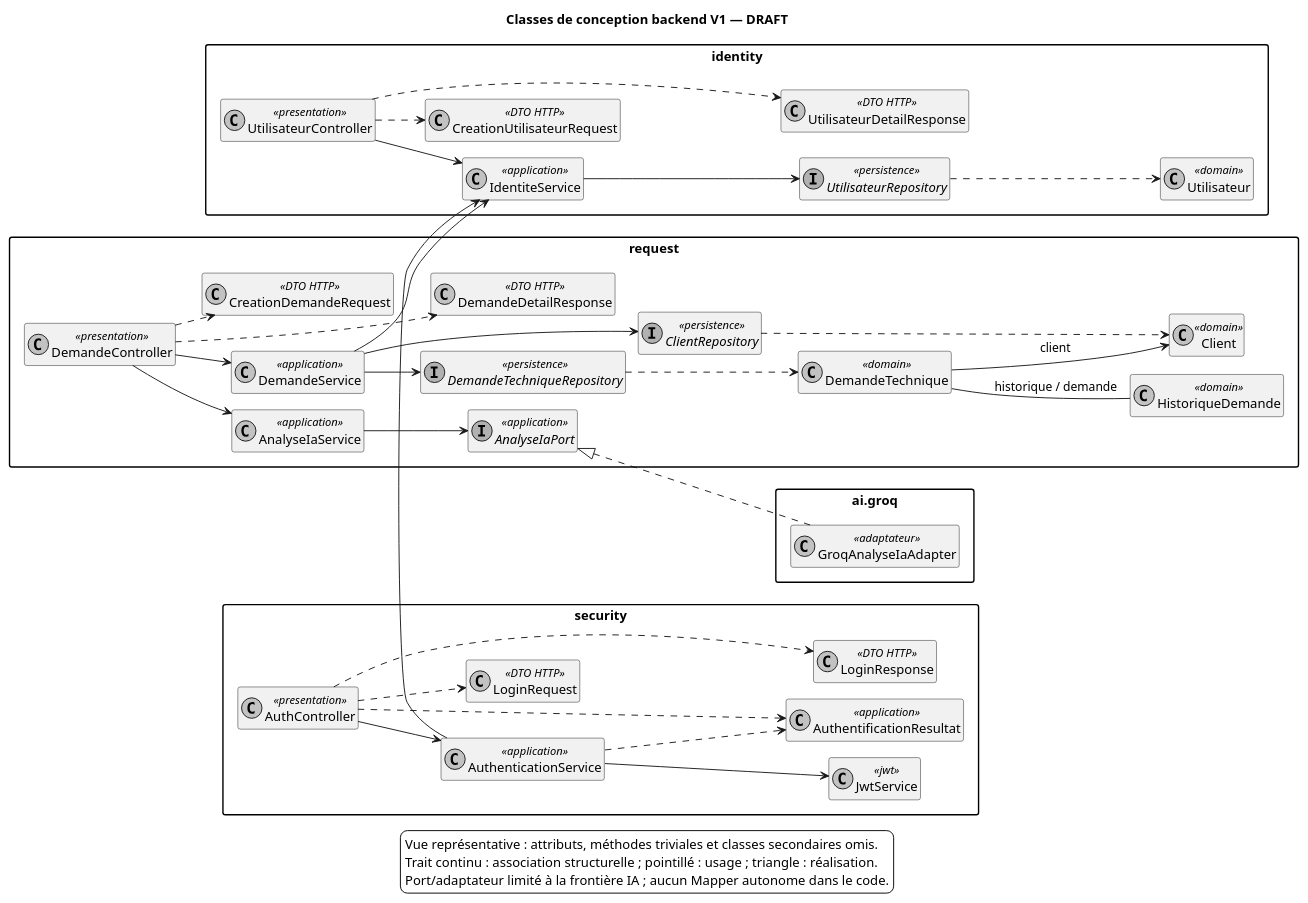
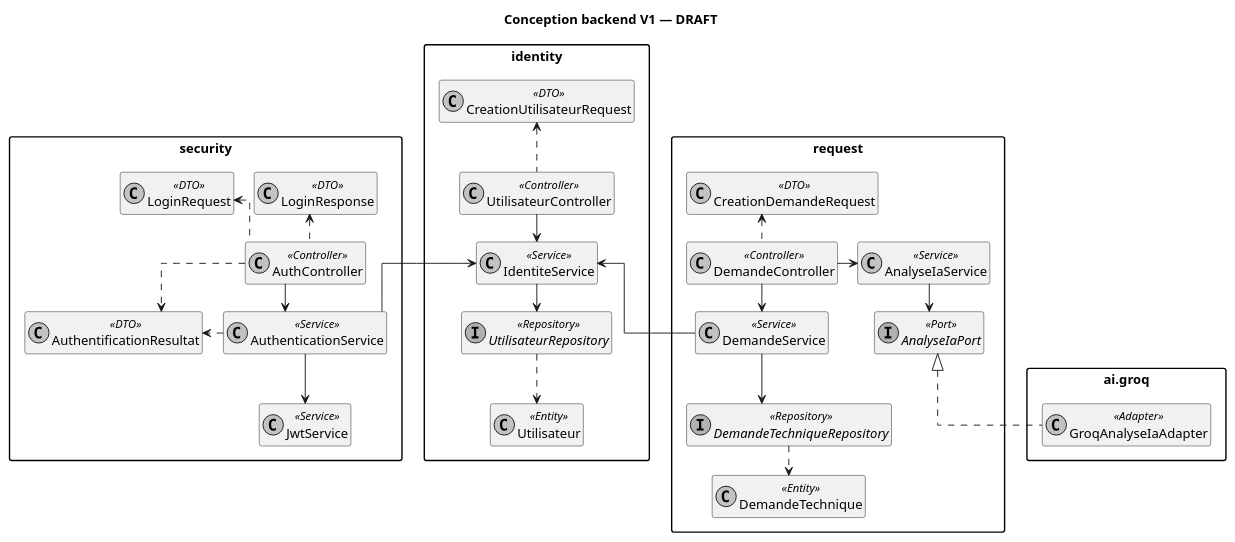
One commit to akrouty/gestion-demandes-techniques changed the diagram in docs/uml/class/backend-design-v1.puml. Above: the diagram before and after it, drawn with PlantUML. The commit also changed 2 other files, not shown here.

Commit message:
fixer les diagramme UML

```diff
--- a/docs/uml/class/backend-design-v1.puml
+++ b/docs/uml/class/backend-design-v1.puml
@@ -1,80 +1,65 @@
 @startuml
 ' Statut : DRAFT
-' Niveau : conception technique ; vue synthétique du code main 7a6438d
-' Les associations dirigées représentent les références injectées conservées.
-title Classes de conception backend V1 — DRAFT
-left to right direction
+' Vue synthétique des classes réelles de main ; détails omis volontairement.
+' Les liens hidden sont uniquement des contraintes graphiques.
+title Conception backend V1 — DRAFT
+top to bottom direction
 skinparam monochrome true
 skinparam shadowing false
 skinparam backgroundColor white
 skinparam classAttributeIconSize 0
 skinparam packageStyle rectangle
-skinparam nodesep 18
-skinparam ranksep 28
+skinparam linetype ortho
+skinparam nodesep 22
+skinparam ranksep 30
 hide empty members
-package request {
-  class DemandeController <<presentation>>
-  class DemandeService <<application>>
-  class AnalyseIaService <<application>>
-  interface AnalyseIaPort <<application>>
-  interface DemandeTechniqueRepository <<persistence>>
-  interface ClientRepository <<persistence>>
-  class DemandeTechnique <<domain>>
-  class Client <<domain>>
-  class HistoriqueDemande <<domain>>
-    class CreationDemandeRequest <<DTO HTTP>>
-    class DemandeDetailResponse <<DTO HTTP>>
-  DemandeController --> DemandeService
-  DemandeController --> AnalyseIaService
-  DemandeController ..> CreationDemandeRequest
-  DemandeController ..> DemandeDetailResponse
-  DemandeService --> DemandeTechniqueRepository
-  DemandeService --> ClientRepository
-  DemandeTechniqueRepository ..> DemandeTechnique
-  ClientRepository ..> Client
-  DemandeTechnique --> Client : client
-  DemandeTechnique -- HistoriqueDemande : historique / demande
-  AnalyseIaService --> AnalyseIaPort
-}
-package identity {
-  class UtilisateurController <<presentation>>
-  class IdentiteService <<application>>
-  interface UtilisateurRepository <<persistence>>
-  class Utilisateur <<domain>>
-  class CreationUtilisateurRequest <<DTO HTTP>>
-  class UtilisateurDetailResponse <<DTO HTTP>>
-  UtilisateurController --> IdentiteService
-  UtilisateurController ..> CreationUtilisateurRequest
-  UtilisateurController ..> UtilisateurDetailResponse
-  IdentiteService --> UtilisateurRepository
-  UtilisateurRepository ..> Utilisateur
-}
-package security {
-  class AuthController <<presentation>>
-  class AuthenticationService <<application>>
-  class AuthentificationResultat <<application>>
-  class LoginRequest <<DTO HTTP>>
-  class LoginResponse <<DTO HTTP>>
-  class JwtService <<jwt>>
-  AuthController --> AuthenticationService
-  AuthenticationService --> JwtService
-  AuthenticationService ..> AuthentificationResultat
-  AuthController ..> AuthentificationResultat
-  AuthController ..> LoginRequest
-  AuthController ..> LoginResponse
+package request as REQUEST_MODULE {
+  class CreationDemandeRequest <<DTO>>
+  class DemandeController <<Controller>>
+  class DemandeService <<Service>>
+  interface DemandeTechniqueRepository <<Repository>>
+  class DemandeTechnique <<Entity>>
+  class AnalyseIaService <<Service>>
+  interface AnalyseIaPort <<Port>>
+  DemandeController .up.> CreationDemandeRequest
+  DemandeController -down-> DemandeService
+  DemandeService -down-> DemandeTechniqueRepository
+  DemandeTechniqueRepository .down.> DemandeTechnique
+  DemandeController -left-> AnalyseIaService
+  AnalyseIaService -down-> AnalyseIaPort
 }
 package "ai.groq" as GROQ_MODULE {
-  class GroqAnalyseIaAdapter <<adaptateur>>
+  class GroqAnalyseIaAdapter <<Adapter>>
 }
-DemandeService -down-> IdentiteService
-AuthenticationService -right-> IdentiteService
 GroqAnalyseIaAdapter .up.|> AnalyseIaPort
-CreationDemandeRequest -[hidden]down- DemandeDetailResponse
-CreationUtilisateurRequest -[hidden]down- UtilisateurDetailResponse
-LoginRequest -[hidden]down- LoginResponse
-legend bottom
-  Vue représentative : attributs, méthodes triviales et classes secondaires omis.
-  Trait continu : association structurelle ; pointillé : usage ; triangle : réalisation.
-  Port/adaptateur limité à la frontière IA ; aucun Mapper autonome dans le code.
-endlegend
+package identity as IDENTITY_MODULE {
+  class CreationUtilisateurRequest <<DTO>>
+  class UtilisateurController <<Controller>>
+  class IdentiteService <<Service>>
+  interface UtilisateurRepository <<Repository>>
+  class Utilisateur <<Entity>>
+  UtilisateurController .up.> CreationUtilisateurRequest
+  UtilisateurController -down-> IdentiteService
+  IdentiteService -down-> UtilisateurRepository
+  UtilisateurRepository .down.> Utilisateur
+}
+package security as SECURITY_MODULE {
+  class LoginRequest <<DTO>>
+  class LoginResponse <<DTO>>
+  class AuthController <<Controller>>
+  class AuthenticationService <<Service>>
+  class AuthentificationResultat <<DTO>>
+  class JwtService <<Service>>
+  AuthController .up.> LoginRequest
+  AuthController .up.> LoginResponse
+  AuthController -down-> AuthenticationService
+  AuthController .right.> AuthentificationResultat
+  AuthenticationService .right.> AuthentificationResultat
+  AuthenticationService -down-> JwtService
+}
+DemandeService -up-> IdentiteService
+AuthenticationService -up-> IdentiteService
+' Placement uniquement : alignement des entrées et services.
+LoginRequest -[hidden]right- LoginResponse
+DemandeController -[hidden]right-> AuthController
 @enduml
```
